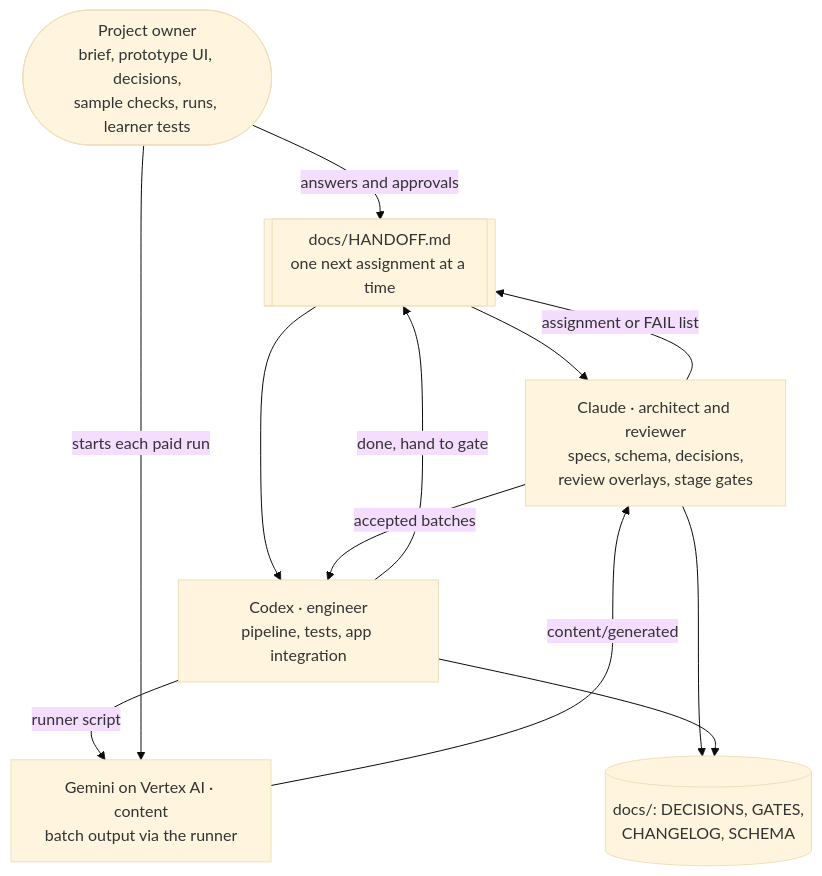
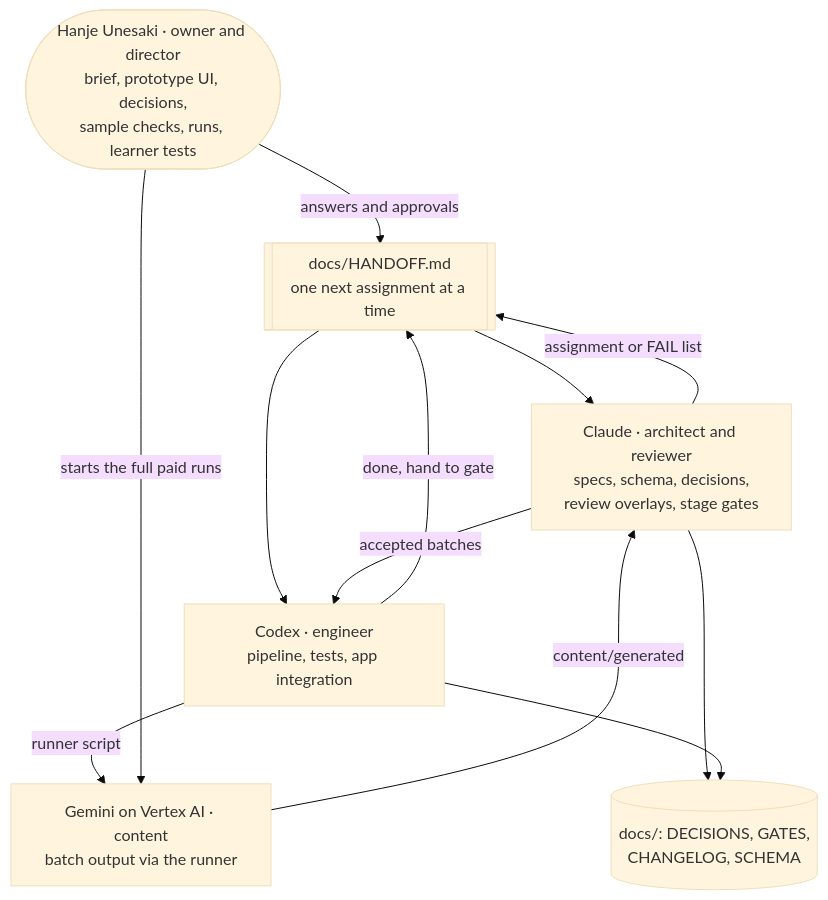
One commit to hanjejeme2023-oss/kanji-bridge changed the second of 2 diagrams in README.md. Above: the diagram before and after it, drawn with Mermaid (base theme). The commit also changed other lines of this file and 6 other files, not shown here.

````diff
--- a/README.md
+++ b/README.md
@@ -99,20 +97,20 @@
 ```mermaid
 flowchart TB
-  User([Project owner<br/>brief, prototype UI, decisions,<br/>sample checks, runs, learner tests])
+  User([Hanje Unesaki · owner and director<br/>brief, prototype UI, decisions,<br/>sample checks, runs, learner tests])
   HO[[docs/HANDOFF.md<br/>one next assignment at a time]]
   Cl[Claude · architect and reviewer<br/>specs, schema, decisions,<br/>review overlays, stage gates]
   Cx[Codex · engineer<br/>pipeline, tests, app integration]
   Ge[Gemini on Vertex AI · content<br/>batch output via the runner]
   Rec[(docs/: DECISIONS, GATES,<br/>CHANGELOG, SCHEMA)]
   User -- answers and approvals --> HO
   HO --> Cl
   HO --> Cx
   Cl -- assignment or FAIL list --> HO
   Cx -- done, hand to gate --> HO
   Cx -- runner script --> Ge
-  User -- starts each paid run --> Ge
+  User -- starts the full paid runs --> Ge
   Ge -- content/generated --> Cl
   Cl -- accepted batches --> Cx
   Cl --> Rec
   Cx --> Rec
 ```
````
